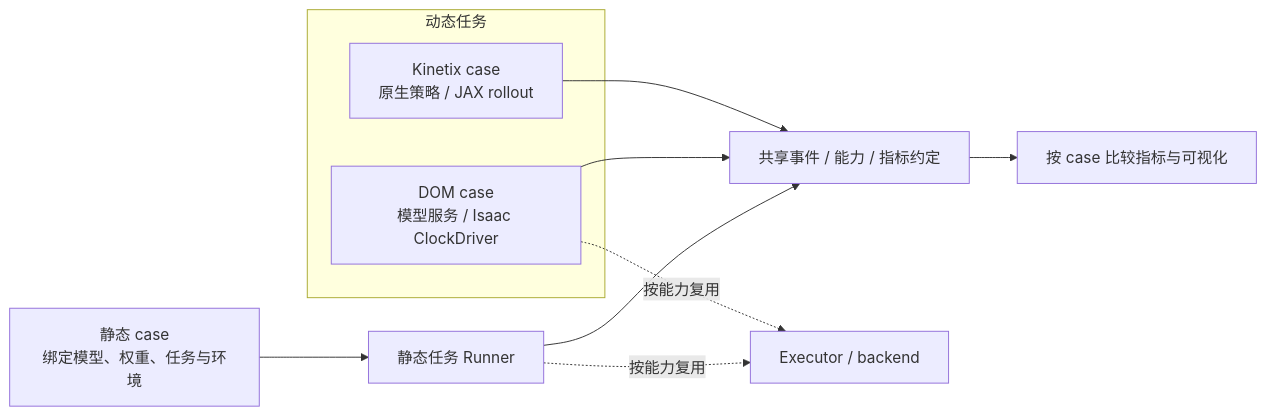
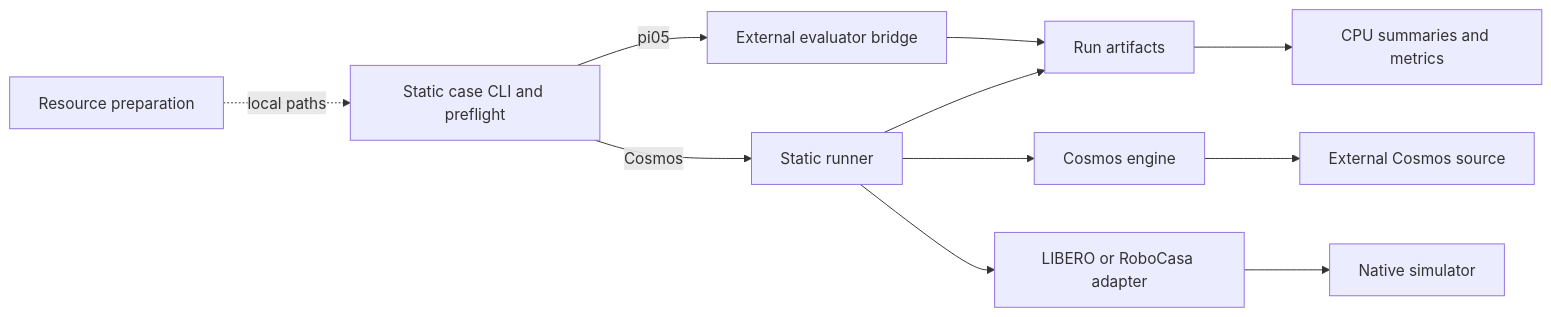
The first of 2 diagrams in docs/architecture.md (Ther-nullptr/robotics-the-speedup-paradox), drawn with Mermaid before and after one commit. The commit also changed other lines of this file and 19 other files, not shown here.

````diff
--- a/docs/architecture.md
+++ b/docs/architecture.md
@@ -42,16 +22,15 @@
 ```mermaid
 flowchart LR
-    accTitle: Static and Dynamic Experiment Boundaries
-    accDescr: Static cases, DOM cases and native JAX Kinetix cases keep separate execution loops. All share event and metric contracts; executor reuse is optional for compatible runtimes.
-    static_case["静态 case<br/>绑定模型、权重、任务与环境"] --> static_runner["静态任务 Runner"]
-    subgraph dynamic_track["动态任务"]
-        dom_runner["DOM case<br/>模型服务 / Isaac ClockDriver"]
-        kinetix_runner["Kinetix case<br/>原生策略 / JAX rollout"]
-    end
-    static_runner --> contracts["共享事件 / 能力 / 指标约定"]
-    dom_runner --> contracts
-    kinetix_runner --> contracts
-    static_runner -.按能力复用.-> executor["Executor / backend"]
-    dom_runner -.按能力复用.-> executor
-    contracts --> viewer["按 case 比较指标与可视化"]
+    accTitle: Implemented Static Case Architecture
+    accDescr: Explicit resource preparation supplies three case launchers. Pi05 uses an external evaluator bridge. Cosmos cases use the shared static runner with separate engine and simulator adapters. Both paths produce artifacts for CPU analysis.
+    resources["Resource preparation"] -. "local paths" .-> case_cli["Static case CLI and preflight"]
+    case_cli -->|pi05| evaluator["External evaluator bridge"]
+    case_cli -->|Cosmos| runner["Static runner"]
+    runner --> engine["Cosmos engine"]
+    runner --> simulator["LIBERO or RoboCasa adapter"]
+    engine --> model_source["External Cosmos source"]
+    simulator --> native_env["Native simulator"]
+    evaluator --> artifacts["Run artifacts"]
+    runner --> artifacts
+    artifacts --> analysis["CPU summaries and metrics"]
 ```
````
